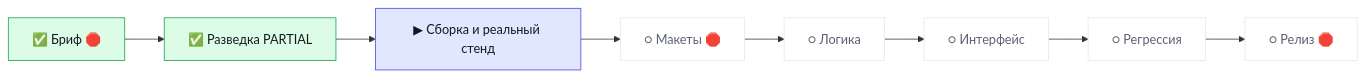
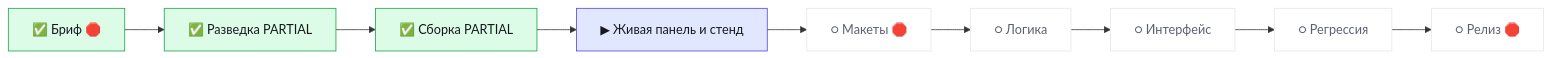
The diagram in .bro/STATUS.md (helpfulbriefl/rail), drawn with Mermaid before and after one commit. The commit also changed other lines of this file and 16 other files, not shown here.

````diff
--- a/.bro/STATUS.md
+++ b/.bro/STATUS.md
@@ -8,24 +8,26 @@
 ```mermaid
 flowchart LR
   n0["✅ Бриф 🛑"]:::done
   n1["✅ Разведка PARTIAL"]:::done
   n0 --> n1
-  n2["▶ Сборка и реальный стенд"]:::run
+  n2["✅ Сборка PARTIAL"]:::done
   n1 --> n2
-  n3["○ Макеты 🛑"]:::todo
+  n3["▶ Живая панель и стенд"]:::run
   n2 --> n3
-  n4["○ Логика"]:::todo
+  n4["○ Макеты 🛑"]:::todo
   n3 --> n4
-  n5["○ Интерфейс"]:::todo
+  n5["○ Логика"]:::todo
   n4 --> n5
-  n6["○ Регрессия"]:::todo
+  n6["○ Интерфейс"]:::todo
   n5 --> n6
-  n7["○ Релиз 🛑"]:::todo
+  n7["○ Регрессия"]:::todo
   n6 --> n7
+  n8["○ Релиз 🛑"]:::todo
+  n7 --> n8
   classDef done fill:#DCFCE7,stroke:#16A34A,color:#16181D
   classDef run fill:#E0E7FF,stroke:#4F46E5,color:#16181D
   classDef wait fill:#FEF3C7,stroke:#D97706,color:#16181D
   classDef todo fill:#FFFFFF,stroke:#E6E7EB,color:#5B6170
   classDef pause fill:#F3F4F6,stroke:#9CA3AF,color:#5B6170
   classDef frozen fill:#F3F4F6,stroke:#9CA3AF,color:#5B6170
 ```
````
